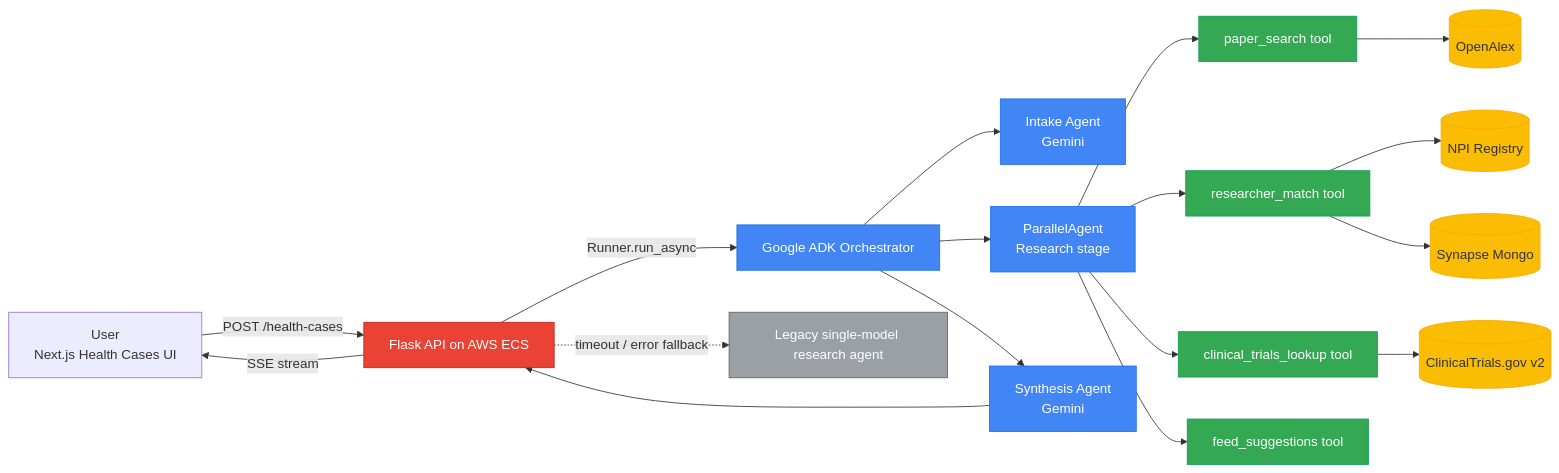
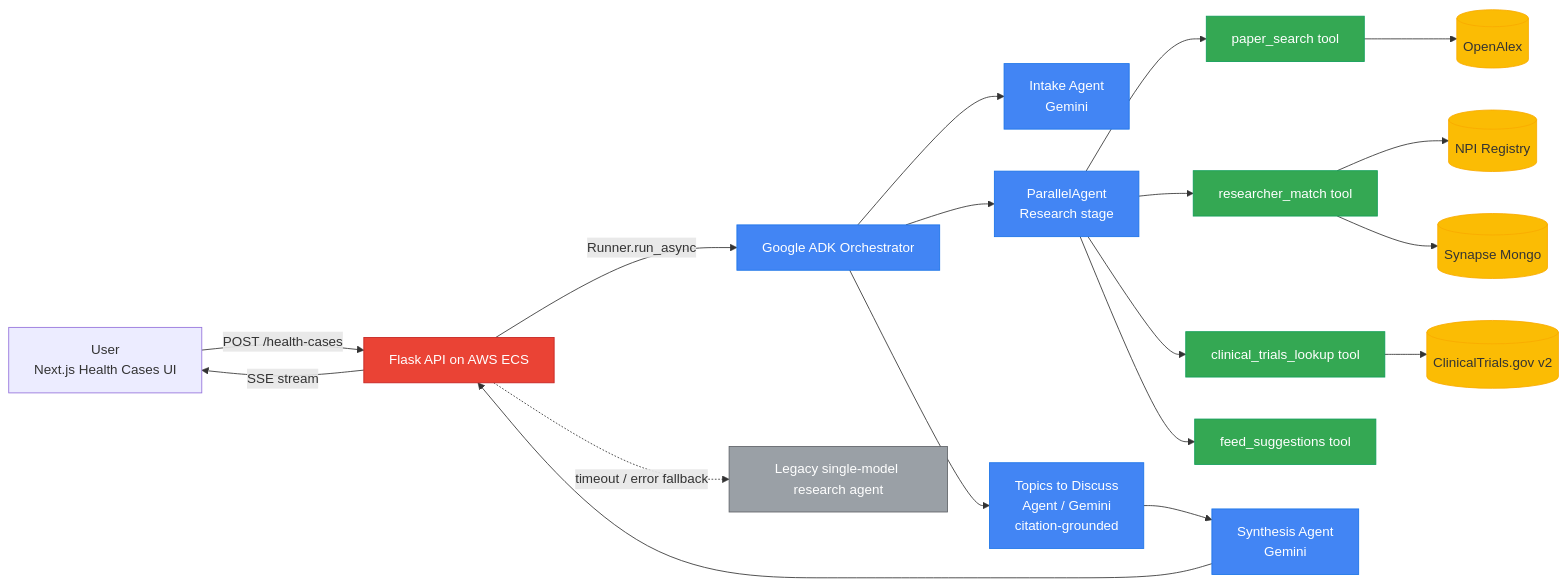
Before and after one commit to synapse-social-org/synapse-health-cases-adk: the diagram in docs/architecture.mmd, drawn with Mermaid. The commit also changed 10 other files, not shown here.

First line of the commit message:
Sync Topics to Discuss agent + refreshed example brief

```diff
--- a/docs/architecture.mmd
+++ b/docs/architecture.mmd
@@ -1,27 +1,28 @@
 graph LR
   U[User<br/>Next.js Health Cases UI] -->|POST /health-cases| API[Flask API on AWS ECS]
   API -->|SSE stream| U
   API -->|Runner.run_async| ADK[Google ADK Orchestrator]
   ADK --> Intake[Intake Agent<br/>Gemini]
   ADK --> Research[ParallelAgent<br/>Research stage]
   Research --> T1[paper_search tool]
   Research --> T2[researcher_match tool]
   Research --> T3[clinical_trials_lookup tool]
   Research --> T4[feed_suggestions tool]
-  ADK --> Synth[Synthesis Agent<br/>Gemini]
+  ADK --> Topics[Topics to Discuss<br/>Agent / Gemini<br/>citation-grounded]
+  Topics --> Synth[Synthesis Agent<br/>Gemini]
   T1 --> OA[(OpenAlex)]
   T2 --> NPI[(NPI Registry)]
   T2 --> Mongo[(Synapse Mongo)]
   T3 --> CT[(ClinicalTrials.gov v2)]
   Synth --> API
   API -.timeout / error fallback.-> Legacy[Legacy single-model research agent]
   classDef gcp fill:#4285F4,stroke:#1a73e8,color:white
   classDef tool fill:#34A853,stroke:#0f9d58,color:white
   classDef ext fill:#fbbc04,stroke:#f9ab00,color:#333
   classDef api fill:#EA4335,stroke:#c5221f,color:white
   classDef fallback fill:#9aa0a6,stroke:#5f6368,color:white
-  class ADK,Intake,Research,Synth gcp
+  class ADK,Intake,Research,Synth,Topics gcp
   class T1,T2,T3,T4 tool
   class OA,NPI,Mongo,CT ext
   class API api
   class Legacy fallback
```
